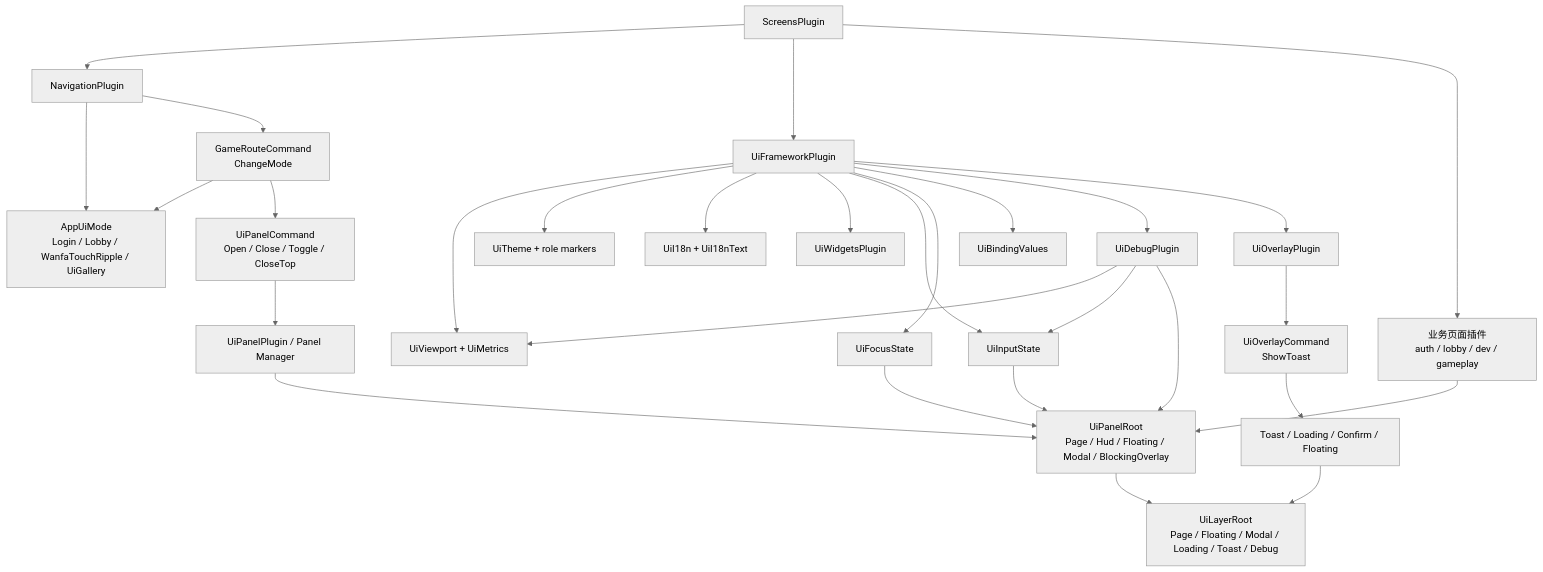
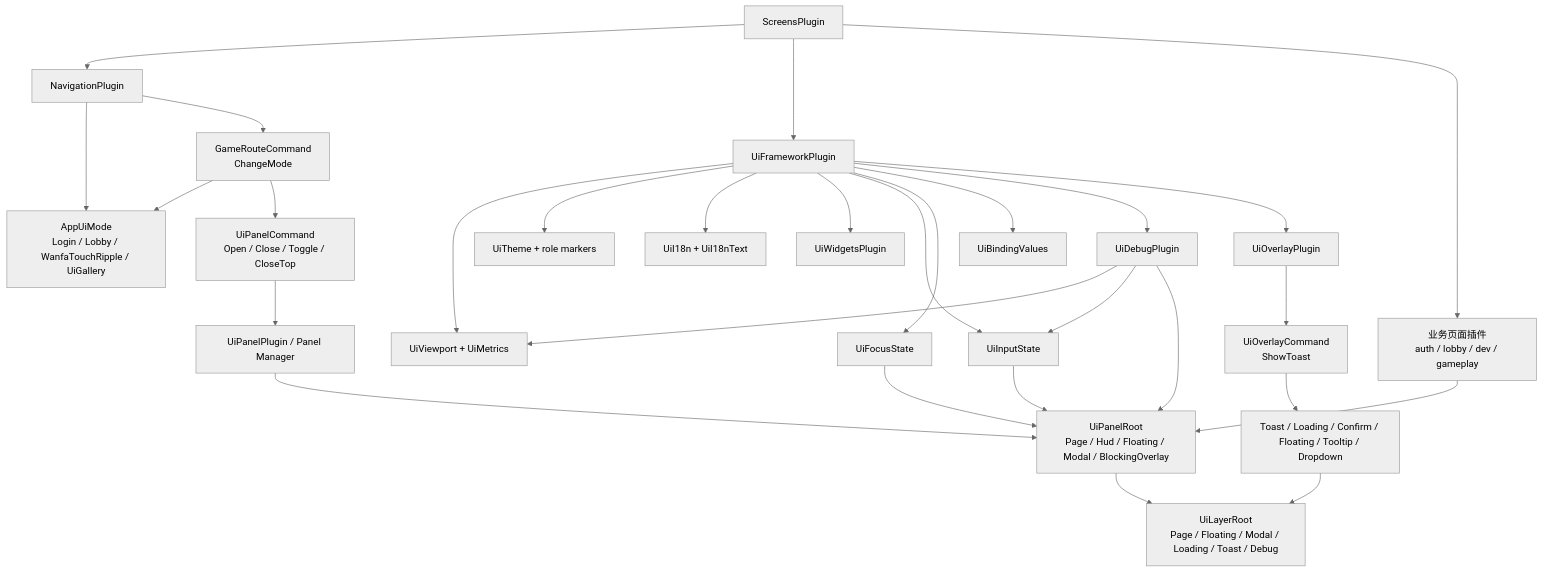
One commit to atan135/mybevy changed the diagram in docs/ui/README.md. Above: the diagram before and after it, drawn with Mermaid (neutral theme). The commit also changed other lines of this file and 35 other files, not shown here.

````diff
--- a/docs/ui/README.md
+++ b/docs/ui/README.md
@@ -26,56 +27,56 @@
 ```mermaid
 flowchart TD
     ScreensPlugin["ScreensPlugin"]
     NavigationPlugin["NavigationPlugin"]
     UiFrameworkPlugin["UiFrameworkPlugin"]
     Screens["业务页面插件<br/>auth / lobby / dev / gameplay"]
 
     AppUiMode["AppUiMode<br/>Login / Lobby / WanfaTouchRipple / UiGallery"]
     GameRouteCommand["GameRouteCommand<br/>ChangeMode"]
     UiOverlayCommand["UiOverlayCommand<br/>ShowToast"]
     UiPanelCommand["UiPanelCommand<br/>Open / Close / Toggle / CloseTop"]
 
     UiViewport["UiViewport + UiMetrics"]
     UiTheme["UiTheme + role markers"]
     UiI18n["UiI18n + UiI18nText"]
     UiWidgets["UiWidgetsPlugin"]
     UiInput["UiInputState"]
     UiFocus["UiFocusState"]
     UiBinding["UiBindingValues"]
     UiDebug["UiDebugPlugin"]
     UiOverlayPlugin["UiOverlayPlugin"]
 
     PanelManager["UiPanelPlugin / Panel Manager"]
     LayerRoots["UiLayerRoot<br/>Page / Floating / Modal / Loading / Toast / Debug"]
     Panels["UiPanelRoot<br/>Page / Hud / Floating / Modal / BlockingOverlay"]
-    Overlays["Toast / Loading / Confirm / Floating"]
+    Overlays["Toast / Loading / Confirm / Floating / Tooltip / Dropdown"]
 
     ScreensPlugin --> NavigationPlugin
     ScreensPlugin --> UiFrameworkPlugin
     ScreensPlugin --> Screens
     NavigationPlugin --> AppUiMode
     NavigationPlugin --> GameRouteCommand
     GameRouteCommand --> AppUiMode
     GameRouteCommand --> UiPanelCommand
     Screens --> Panels
     UiFrameworkPlugin --> UiViewport
     UiFrameworkPlugin --> UiTheme
     UiFrameworkPlugin --> UiI18n
     UiFrameworkPlugin --> UiWidgets
     UiFrameworkPlugin --> UiInput
     UiFrameworkPlugin --> UiFocus
     UiFrameworkPlugin --> UiBinding
     UiFrameworkPlugin --> UiDebug
     UiFrameworkPlugin --> UiOverlayPlugin
     UiOverlayPlugin --> UiOverlayCommand
     UiOverlayCommand --> Overlays
     UiPanelCommand --> PanelManager
     PanelManager --> Panels
     Panels --> LayerRoots
     Overlays --> LayerRoots
     UiInput --> Panels
     UiFocus --> Panels
     UiDebug --> UiViewport
     UiDebug --> UiInput
     UiDebug --> Panels
 ```
````
